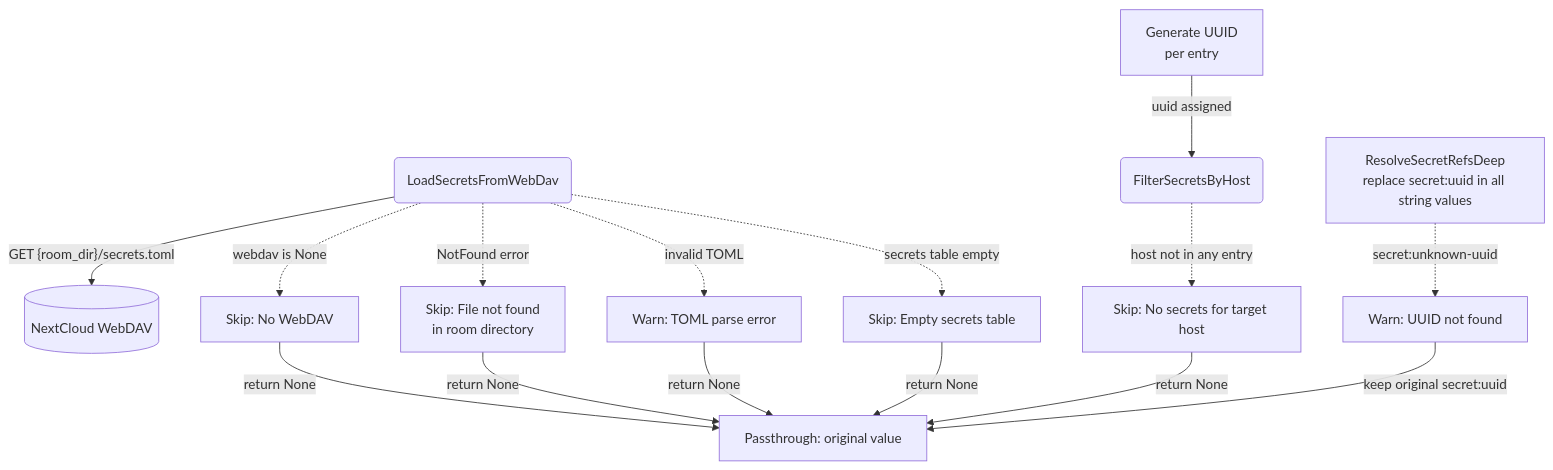
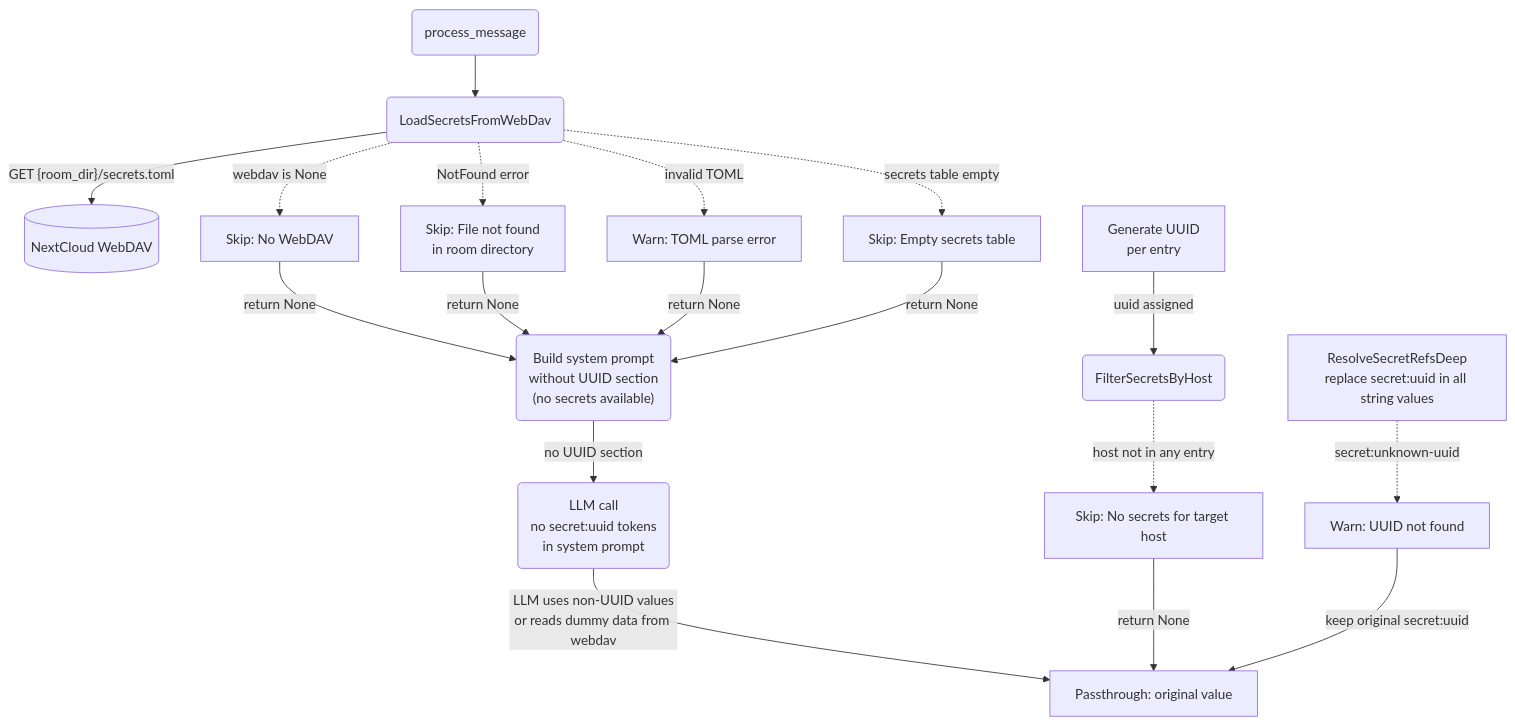
One commit to cosmoswafer/rockbot changed the second of 6 diagrams in _dfd/interception/secret-interception.md. Above: the diagram before and after it, drawn with Mermaid. The commit also changed other lines of this file and 1 other file, not shown here.

First line of the commit message:
fix: inject secret UUID references into system prompt before first LLM call

````diff
--- a/_dfd/interception/secret-interception.md
+++ b/_dfd/interception/secret-interception.md
@@ -100,30 +114,36 @@
 ```mermaid
 flowchart TD
+    SUB(process_message)
     LOAD(LoadSecretsFromWebDav)
     DAV[(NextCloud WebDAV)]
     NO_DAV[Skip: No WebDAV]
     NOT_FOUND[Skip: File not found<br/>in room directory]
     PARSE_ERR[Warn: TOML parse error]
     EMPTY[Skip: Empty secrets table]
+    BUILD("Build system prompt<br/>without UUID section<br/>(no secrets available)")
+    LLM("LLM call<br/>no secret:uuid tokens<br/>in system prompt")
     GEN["Generate UUID<br/>per entry"]
     FILTER(FilterSecretsByHost)
     NO_HOST[Skip: No secrets for target host]
     RESOLVE["ResolveSecretRefsDeep<br/>replace secret:uuid in all string values"]
     UUID_MISS[Warn: UUID not found]
     PASS[Passthrough: original value]
 
+    SUB --> LOAD
     LOAD -->|"GET {room_dir}/secrets.toml"| DAV
     LOAD -.->|"webdav is None"| NO_DAV
     LOAD -.->|"NotFound error"| NOT_FOUND
     LOAD -.->|"invalid TOML"| PARSE_ERR
     LOAD -.->|"secrets table empty"| EMPTY
-    NO_DAV -->|"return None"| PASS
-    NOT_FOUND -->|"return None"| PASS
-    PARSE_ERR -->|"return None"| PASS
-    EMPTY -->|"return None"| PASS
+    NO_DAV -->|"return None"| BUILD
+    NOT_FOUND -->|"return None"| BUILD
+    PARSE_ERR -->|"return None"| BUILD
+    EMPTY -->|"return None"| BUILD
+    BUILD -->|"no UUID section"| LLM
+    LLM -->|"LLM uses non-UUID values<br/>or reads dummy data from webdav"| PASS
     GEN -->|"uuid assigned"| FILTER
     FILTER -.->|"host not in any entry"| NO_HOST
     NO_HOST -->|"return None"| PASS
     RESOLVE -.->|"secret:unknown-uuid"| UUID_MISS
     UUID_MISS -->|"keep original secret:uuid"| PASS
 ```
````
